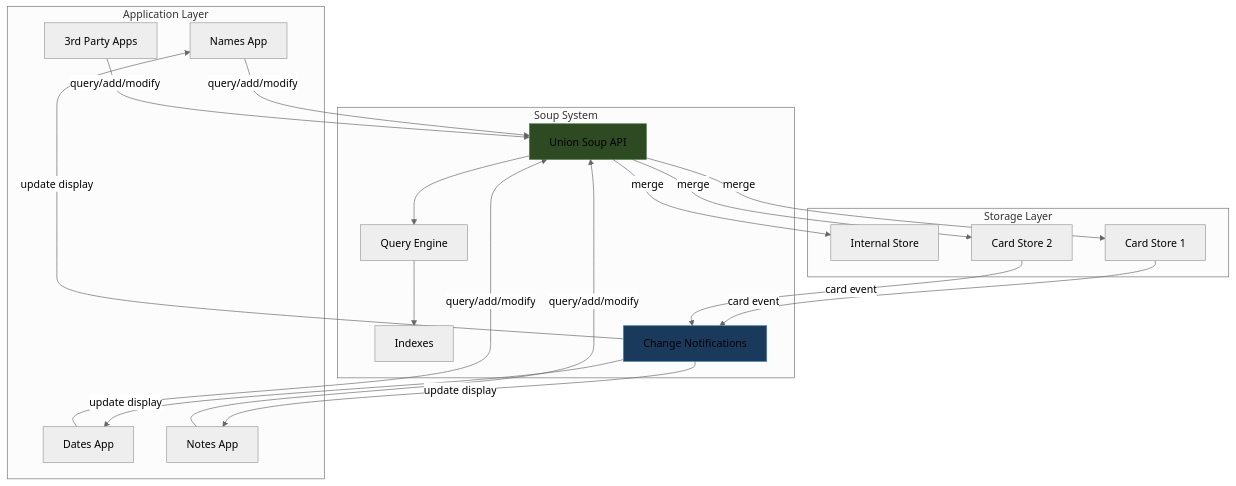
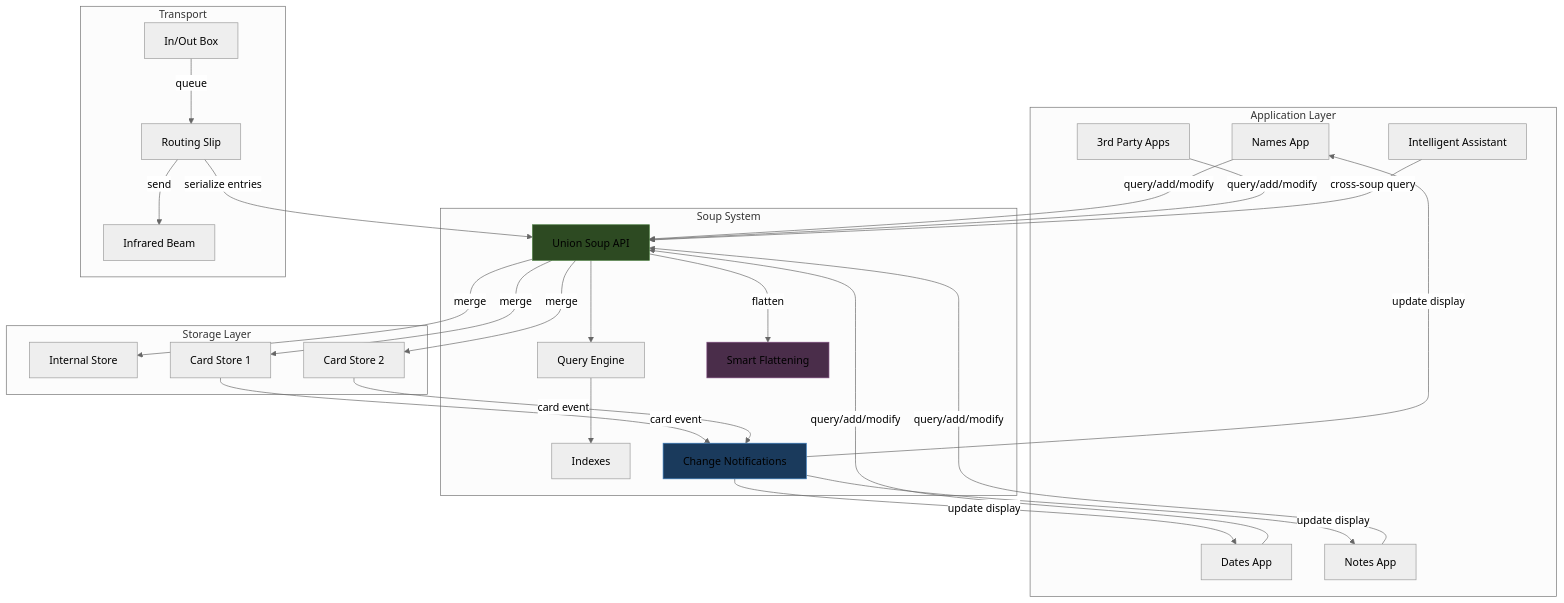
The diagram in Projects/2026/05/30/ARTICLE - Newton Object Soup - The Paradigm That Eliminated the Filesystem.md (go-go-golems/go-go-parc), drawn with Mermaid (neutral theme) before and after one commit. The commit also changed other lines of this file, not shown here.

Commit message:
ARTICLE: significantly expanded Newton Object Soup article (~23KB, 7 key mechanisms, fuller sources table)

````diff
--- a/Projects/2026/05/30/ARTICLE - Newton Object Soup - The Paradigm That Eliminated the Filesystem.md
+++ b/Projects/2026/05/30/ARTICLE - Newton Object Soup - The Paradigm That Eliminated the Filesystem.md
@@ -66,42 +72,57 @@
 ```mermaid
 flowchart TD
     subgraph Application Layer
         A1[Names App]
         A2[Dates App]
         A3[Notes App]
         A4[3rd Party Apps]
+        IA[Intelligent Assistant]
     end
 
     subgraph Soup System
         US[Union Soup API]
         Q[Query Engine]
         IX[Indexes]
+        SF[Smart Flattening]
         NF[Change Notifications]
     end
 
     subgraph Storage Layer
         S1[Internal Store]
         S2[Card Store 1]
         S3[Card Store 2]
     end
 
+    subgraph Transport
+        RS[Routing Slip]
+        IO[In/Out Box]
+        BEAM[Infrared Beam]
+    end
+
     A1 -->|query/add/modify| US
     A2 -->|query/add/modify| US
     A3 -->|query/add/modify| US
     A4 -->|query/add/modify| US
+    IA -->|cross-soup query| US
 
     US --> Q
     Q --> IX
+    US -->|flatten| SF
     US -->|merge| S1
     US -->|merge| S2
     US -->|merge| S3
 
     S2 -->|card event| NF
     S3 -->|card event| NF
     NF -->|update display| A1
     NF -->|update display| A2
     NF -->|update display| A3
 
+    RS -->|serialize entries| US
+    IO -->|queue| RS
+    RS -->|send| BEAM
+
     style US fill:#2d4a22,stroke:#4a7c3f
     style NF fill:#1a3a5c,stroke:#3a7cbd
+    style SF fill:#4a2d4a,stroke:#7c4a7c
 ```
````
